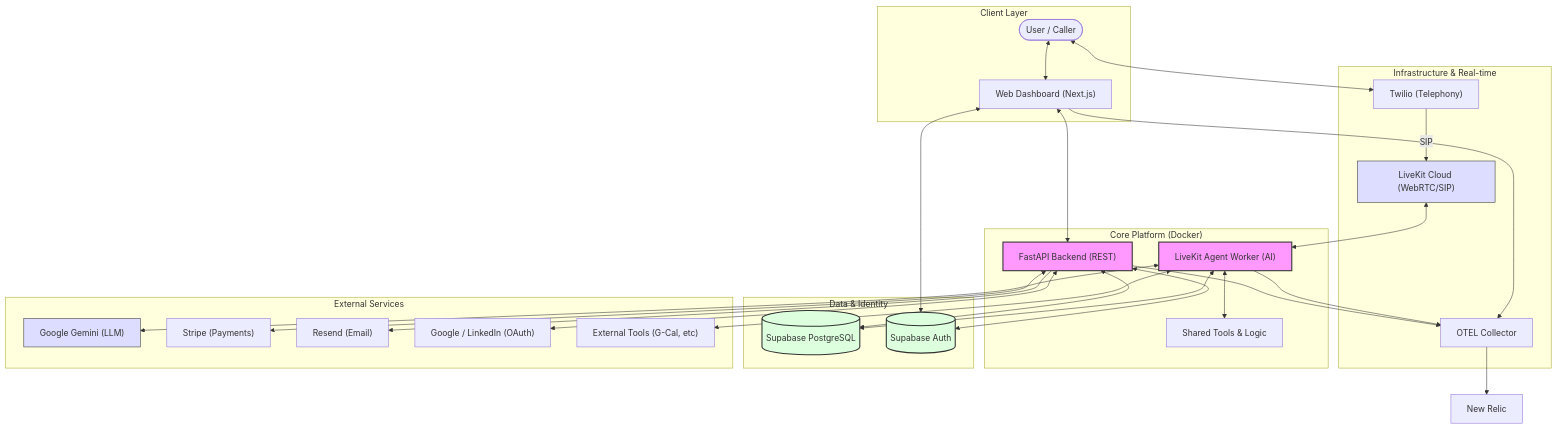
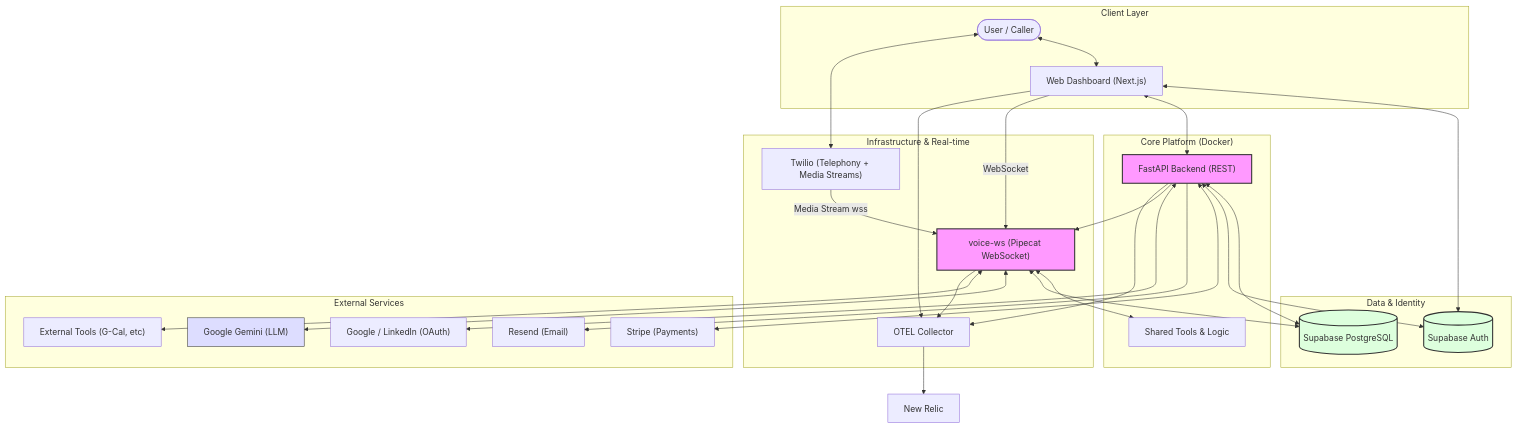
Before and after one commit to gauravdhiman/a1-voice-agent-platform: the diagram in README.md, drawn with Mermaid. The commit also changed other lines of this file and 163 other files, not shown here.

Commit message:
feat(voice): remove LiveKit worker; Pipecat voice-ws is the only voice runtime

````diff
--- a/README.md
+++ b/README.md
@@ -106,67 +106,67 @@
 ```mermaid
 flowchart TD
     subgraph Client ["Client Layer"]
         User(["User / Caller"])
         Browser["Web Dashboard (Next.js)"]
     end
 
     subgraph Infrastructure ["Infrastructure & Real-time"]
-        LK["LiveKit Cloud (WebRTC/SIP)"]
-        Twilio["Twilio (Telephony)"]
+        VWS["voice-ws (Pipecat WebSocket)"]
+        Twilio["Twilio (Telephony + Media Streams)"]
         OTEL["OTEL Collector"]
     end
 
-    subgraph Backend_Worker ["Core Platform (Docker)"]
+    subgraph Backend_Voice ["Core Platform (Docker)"]
         BE["FastAPI Backend (REST)"]
-        WK["LiveKit Agent Worker (AI)"]
+        VWS
         Shared["Shared Tools & Logic"]
     end
 
     subgraph Persistence ["Data & Identity"]
         DB[(Supabase PostgreSQL)]
         Auth[(Supabase Auth)]
     end
 
     subgraph External ["External Services"]
         Gemini["Google Gemini (LLM)"]
         Stripe["Stripe (Payments)"]
         Resend["Resend (Email)"]
         Google["Google / LinkedIn (OAuth)"]
         ExtTools["External Tools (G-Cal, etc)"]
     end
 
     %% Flow: User Dashboard Interaction
     User <--> Browser
     Browser <--> Auth
     Browser <--> BE
     
     %% Flow: Voice Call Interaction
     User <--> Twilio
-    Twilio -- SIP --> LK
-    LK <--> WK
+    Twilio -- Media Stream wss --> VWS
+    Browser -- WebSocket --> VWS
     
     %% Flow: Backend Orchestration
     BE <--> DB
     BE <--> Auth
     BE <--> Stripe
     BE --> Resend
     BE <--> Google
+    BE --> VWS
     
-    %% Flow: Worker AI Execution
-    WK <--> Shared
-    WK <--> DB
-    WK <--> Gemini
-    WK <--> ExtTools
+    %% Flow: Voice AI Execution
+    VWS <--> Shared
+    VWS <--> DB
+    VWS <--> Gemini
+    VWS <--> ExtTools
 
     %% Flow: Observability
-    BE & WK & Browser --> OTEL
+    BE & VWS & Browser --> OTEL
     OTEL --> NR[New Relic]
 
     %% Styling
     style BE fill:#f9f,stroke:#333,stroke-width:2px
-    style WK fill:#f9f,stroke:#333,stroke-width:2px
+    style VWS fill:#f9f,stroke:#333,stroke-width:2px
     style DB fill:#dfd,stroke:#333,stroke-width:2px
     style Auth fill:#dfd,stroke:#333,stroke-width:2px
-    style LK fill:#ddf,stroke:#333,stroke-width:1px
     style Gemini fill:#ddf,stroke:#333,stroke-width:1px
 ```
````
